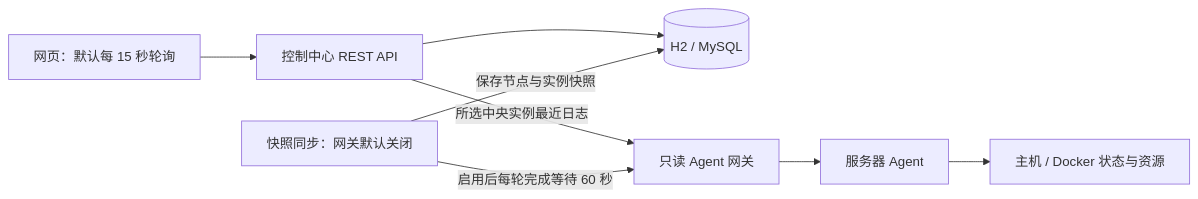
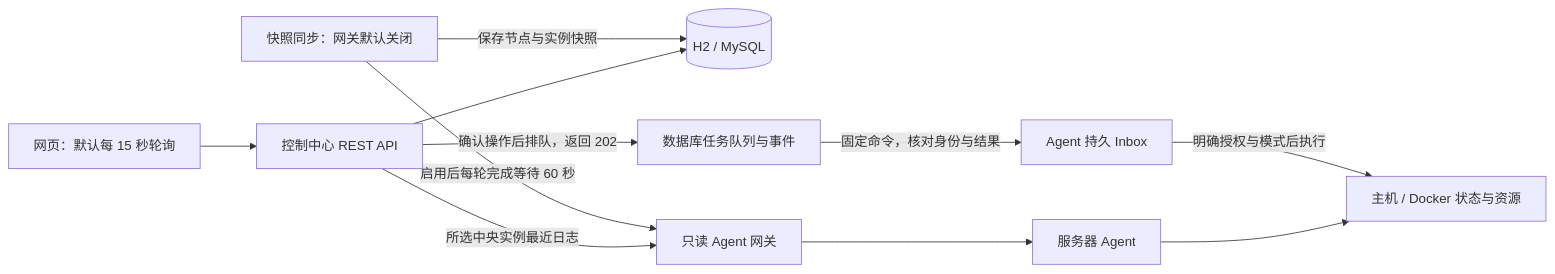
Before and after one commit to Tsuki-raorao/-: the diagram in docs/项目说明与进度汇报.md, drawn with Mermaid. The commit also changed other lines of this file and 77 other files, not shown here.

````diff
--- a/docs/项目说明与进度汇报.md
+++ b/docs/项目说明与进度汇报.md
@@ -44,10 +44,13 @@
 ```mermaid
 flowchart LR
     W[网页：默认每 15 秒轮询] --> API[控制中心 REST API]
     API --> DB[(H2 / MySQL)]
     API -->|所选中央实例最近日志| G
     SYNC[快照同步：网关默认关闭] -->|启用后每轮完成等待 60 秒| G[只读 Agent 网关]
     G --> A[服务器 Agent]
     A --> D[主机 / Docker 状态与资源]
     SYNC -->|保存节点与实例快照| DB
+    API -->|确认操作后排队，返回 202| Q[数据库任务队列与事件]
+    Q -->|固定命令，核对身份与结果| I[Agent 持久 Inbox]
+    I -->|明确授权与模式后执行| D
 ```
````
